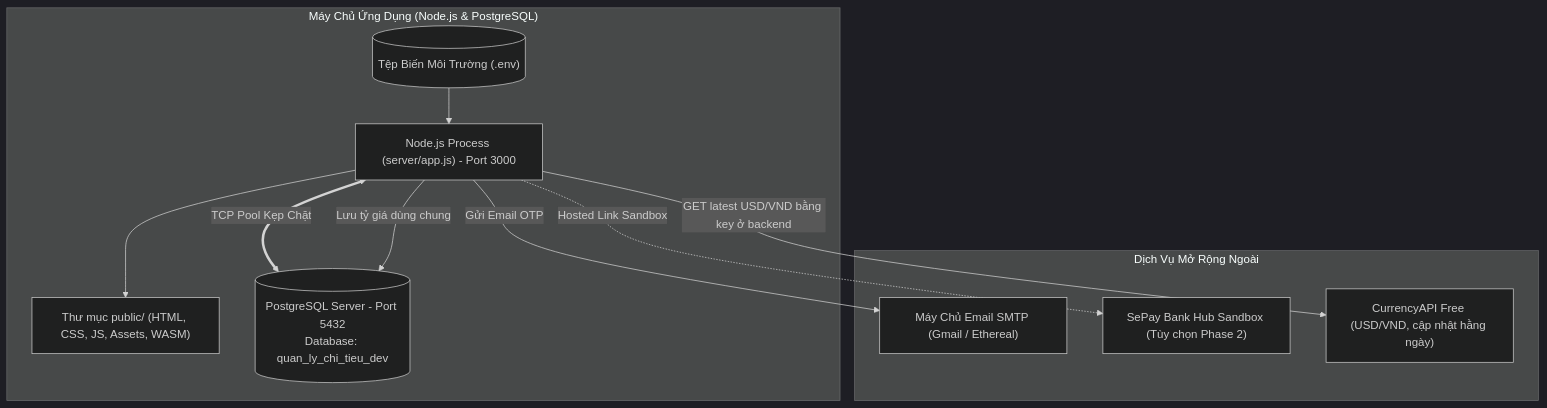
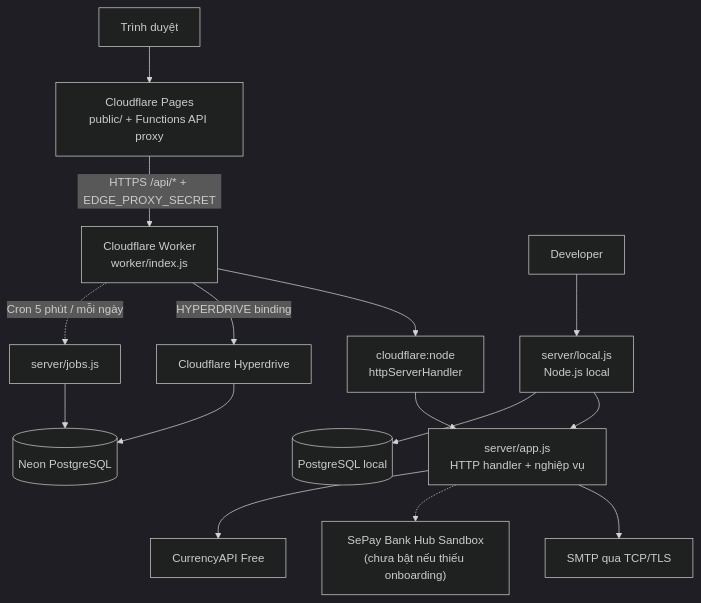
One commit to leduykhanhdevs/JavaScript_QuanLyChiTieu changed the eighth of 8 diagrams in solfware_architecture_design.md. Above: the diagram before and after it, drawn with Mermaid (dark theme). The commit also changed other lines of this file and 42 other files, not shown here.

Commit message:
Configure Cloudflare Workers and Neon deployment

````diff
--- a/solfware_architecture_design.md
+++ b/solfware_architecture_design.md
@@ -400,23 +400,17 @@
 ```mermaid
 flowchart TD
-    subgraph HostServer ["Máy Chủ Ứng Dụng (Node.js & PostgreSQL)"]
-        NodeApp["Node.js Process (server/app.js) - Port 3000"]
-        StaticFiles["Thư mục public/ (HTML, CSS, JS, Assets, WASM)"]
-        PostgresDB[("PostgreSQL Server - Port 5432<br/>Database: quan_ly_chi_tieu_dev")]
-        DotEnv[("Tệp Biến Môi Trường (.env)")]
-    end
-
-    subgraph ExternalServices ["Dịch Vụ Mở Rộng Ngoài"]
-        SMTPServer["Máy Chủ Email SMTP (Gmail / Ethereal)"]
-        BankHub["SePay Bank Hub Sandbox (Tùy chọn Phase 2)"]
-        CurrencyAPI["CurrencyAPI Free (USD/VND, cập nhật hằng ngày)"]
-    end
-
-    DotEnv --> NodeApp
-    NodeApp --> StaticFiles
-    NodeApp <== "TCP Pool Kẹp Chặt" ==> PostgresDB
-    NodeApp -->|Gửi Email OTP| SMTPServer
-    NodeApp -.->|Hosted Link Sandbox| BankHub
-    NodeApp -->|GET latest USD/VND bằng key ở backend| CurrencyAPI
-    NodeApp -->|Lưu tỷ giá dùng chung| PostgresDB
+    Browser["Trình duyệt"] --> Pages["Cloudflare Pages<br/>public/ + Functions API proxy"]
+    Pages -->|HTTPS /api/* + EDGE_PROXY_SECRET| Worker["Cloudflare Worker<br/>worker/index.js"]
+    Worker --> Adapter["cloudflare:node<br/>httpServerHandler"]
+    Adapter --> App["server/app.js<br/>HTTP handler + nghiệp vụ"]
+    Worker -->|HYPERDRIVE binding| Hyperdrive["Cloudflare Hyperdrive"]
+    Hyperdrive --> Neon[("Neon PostgreSQL")]
+    Worker -.->|Cron 5 phút / mỗi ngày| Jobs["server/jobs.js"]
+    Jobs --> Neon
+    App --> SMTP["SMTP qua TCP/TLS"]
+    App -.-> BankHub["SePay Bank Hub Sandbox<br/>(chưa bật nếu thiếu onboarding)"]
+    App --> CurrencyAPI["CurrencyAPI Free"]
+    Developer --> Local["server/local.js<br/>Node.js local"]
+    Local --> App
+    Local --> LocalDB[("PostgreSQL local")]
 ```
````
